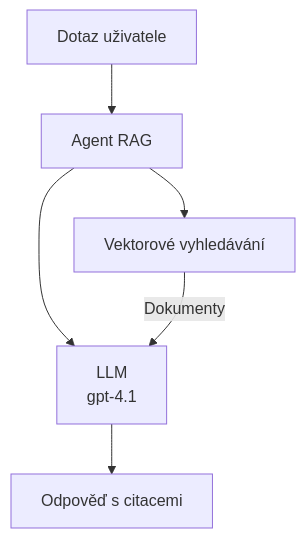
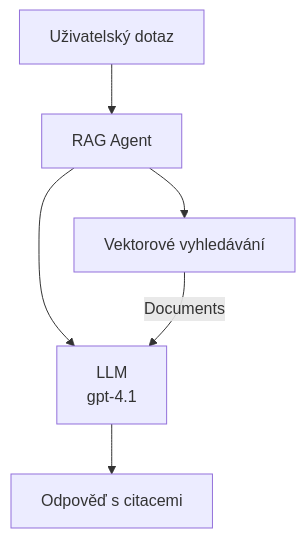
The second of 3 diagrams in translations/cs/docs/chapter-02-ai-development/agents.md (microsoft/AZD-for-beginners), drawn with Mermaid before and after one commit. The commit also changed other lines of this file and 61 other files, not shown here.

````diff
--- a/translations/cs/docs/chapter-02-ai-development/agents.md
+++ b/translations/cs/docs/chapter-02-ai-development/agents.md
@@ -181,8 +181,8 @@
 ```mermaid
 graph TD
-    Query[Dotaz uživatele] --> RAG[Agent RAG]
+    Query[Uživatelský dotaz] --> RAG[RAG Agent]
     RAG --> Vector[Vektorové vyhledávání]
     RAG --> LLM[LLM<br/>gpt-4.1]
-    Vector -- Dokumenty --> LLM
+    Vector -- Documents --> LLM
     LLM --> Response[Odpověď s citacemi]
 ```
````
